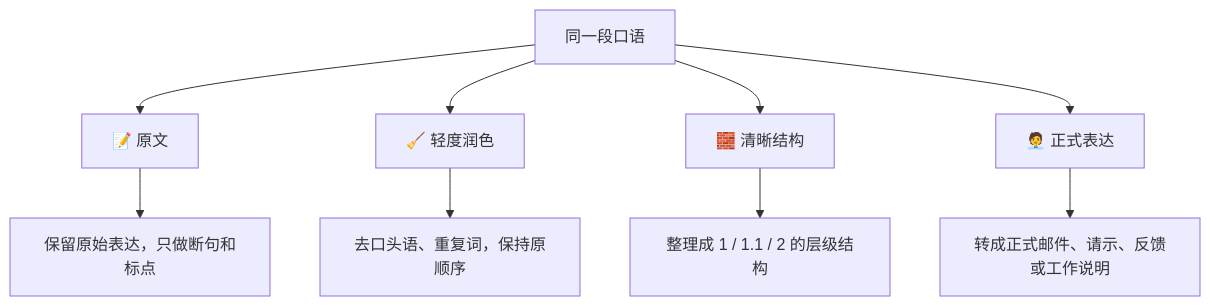
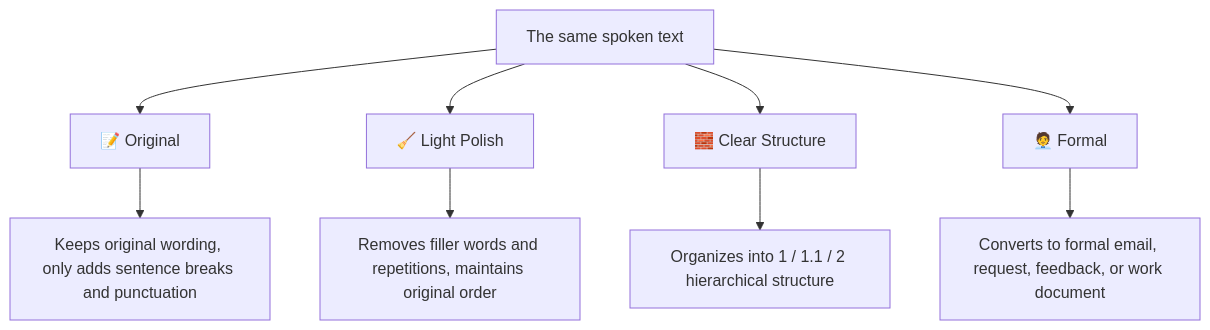
The second of 5 diagrams in README.md (lubiny0601-spec/whisper-input), drawn with Mermaid before and after one commit. The commit also changed other lines of this file and 1 other file, not shown here.

````diff
--- a/README.md
+++ b/README.md
@@ -75,11 +81,11 @@
 ```mermaid
 flowchart TB
-  A["同一段口语"] --> B["📝 原文"]
-  A --> C["🧹 轻度润色"]
-  A --> D["🧱 清晰结构"]
-  A --> E["🧑‍💼 正式表达"]
-  B --> B1["保留原始表达，只做断句和标点"]
-  C --> C1["去口头语、重复词，保持原顺序"]
-  D --> D1["整理成 1 / 1.1 / 2 的层级结构"]
-  E --> E1["转成正式邮件、请示、反馈或工作说明"]
+  A["The same spoken text"] --> B["📝 Original"]
+  A --> C["🧹 Light Polish"]
+  A --> D["🧱 Clear Structure"]
+  A --> E["🧑‍💼 Formal"]
+  B --> B1["Keeps original wording, only adds sentence breaks and punctuation"]
+  C --> C1["Removes filler words and repetitions, maintains original order"]
+  D --> D1["Organizes into 1 / 1.1 / 2 hierarchical structure"]
+  E --> E1["Converts to formal email, request, feedback, or work document"]
 ```
````
